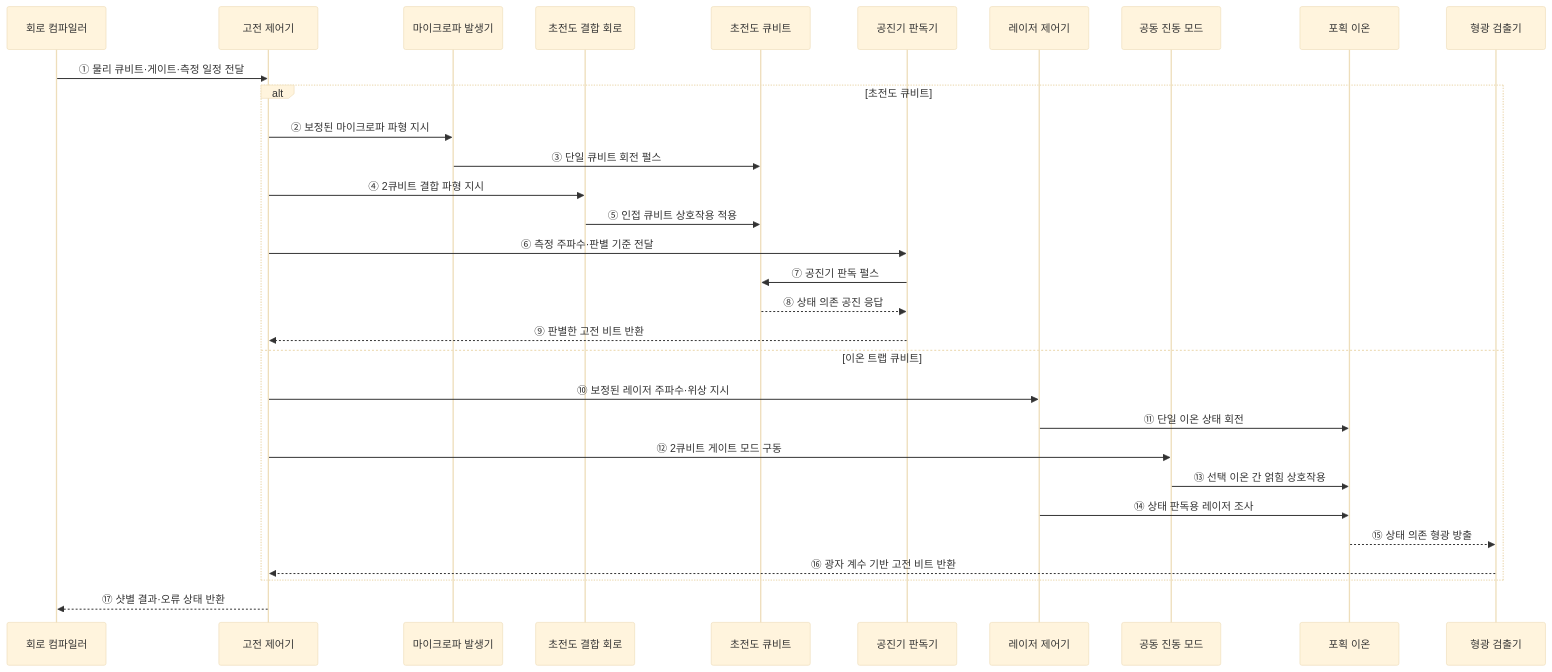
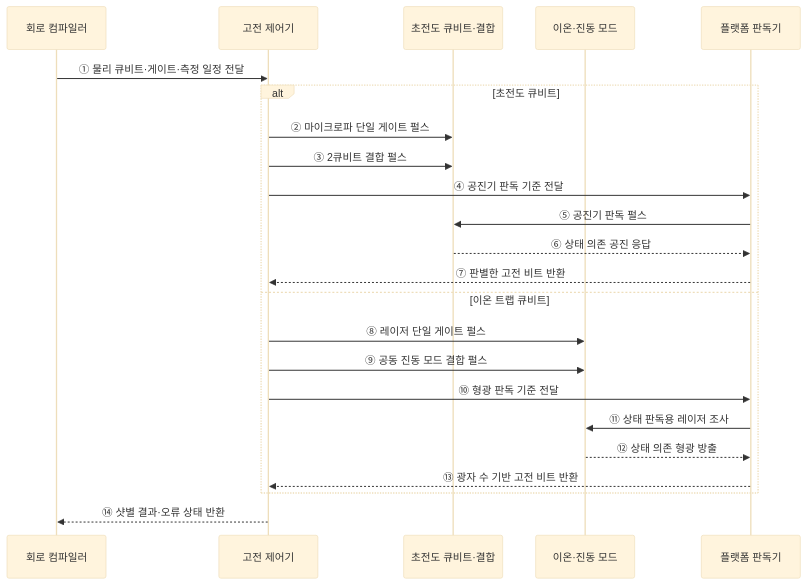
One commit to agnusdei1207/knowledge-base changed the second of 2 diagrams in src/content/docs/notes/02-hardware/073_quantum_processor_technologies.md. Above: the diagram before and after it, drawn with Mermaid (base theme). The commit also changed other lines of this file and 20 other files, not shown here.

````diff
--- a/src/content/docs/notes/02-hardware/073_quantum_processor_technologies.md
+++ b/src/content/docs/notes/02-hardware/073_quantum_processor_technologies.md
@@ -90,34 +81,26 @@
 ```mermaid
 sequenceDiagram
     participant C as 회로 컴파일러
     participant H as 고전 제어기
-    participant W as 마이크로파 발생기
-    participant K as 초전도 결합 회로
-    participant S as 초전도 큐비트
-    participant R as 공진기 판독기
-    participant L as 레이저 제어기
-    participant M as 공동 진동 모드
-    participant I as 포획 이온
-    participant D as 형광 검출기
+    participant S as 초전도 큐비트·결합
+    participant I as 이온·진동 모드
+    participant D as 플랫폼 판독기
 
     C->>H: ① 물리 큐비트·게이트·측정 일정 전달
     alt 초전도 큐비트
-        H->>W: ② 보정된 마이크로파 파형 지시
-        W->>S: ③ 단일 큐비트 회전 펄스
-        H->>K: ④ 2큐비트 결합 파형 지시
-        K->>S: ⑤ 인접 큐비트 상호작용 적용
-        H->>R: ⑥ 측정 주파수·판별 기준 전달
-        R->>S: ⑦ 공진기 판독 펄스
-        S-->>R: ⑧ 상태 의존 공진 응답
-        R-->>H: ⑨ 판별한 고전 비트 반환
+        H->>S: ② 마이크로파 단일 게이트 펄스
+        H->>S: ③ 2큐비트 결합 펄스
+        H->>D: ④ 공진기 판독 기준 전달
+        D->>S: ⑤ 공진기 판독 펄스
+        S-->>D: ⑥ 상태 의존 공진 응답
+        D-->>H: ⑦ 판별한 고전 비트 반환
     else 이온 트랩 큐비트
-        H->>L: ⑩ 보정된 레이저 주파수·위상 지시
-        L->>I: ⑪ 단일 이온 상태 회전
-        H->>M: ⑫ 2큐비트 게이트 모드 구동
-        M->>I: ⑬ 선택 이온 간 얽힘 상호작용
-        L->>I: ⑭ 상태 판독용 레이저 조사
-        I-->>D: ⑮ 상태 의존 형광 방출
-        D-->>H: ⑯ 광자 계수 기반 고전 비트 반환
+        H->>I: ⑧ 레이저 단일 게이트 펄스
+        H->>I: ⑨ 공동 진동 모드 결합 펄스
+        H->>D: ⑩ 형광 판독 기준 전달
+        D->>I: ⑪ 상태 판독용 레이저 조사
+        I-->>D: ⑫ 상태 의존 형광 방출
+        D-->>H: ⑬ 광자 수 기반 고전 비트 반환
     end
-    H-->>C: ⑰ 샷별 결과·오류 상태 반환
+    H-->>C: ⑭ 샷별 결과·오류 상태 반환
 ```
````
